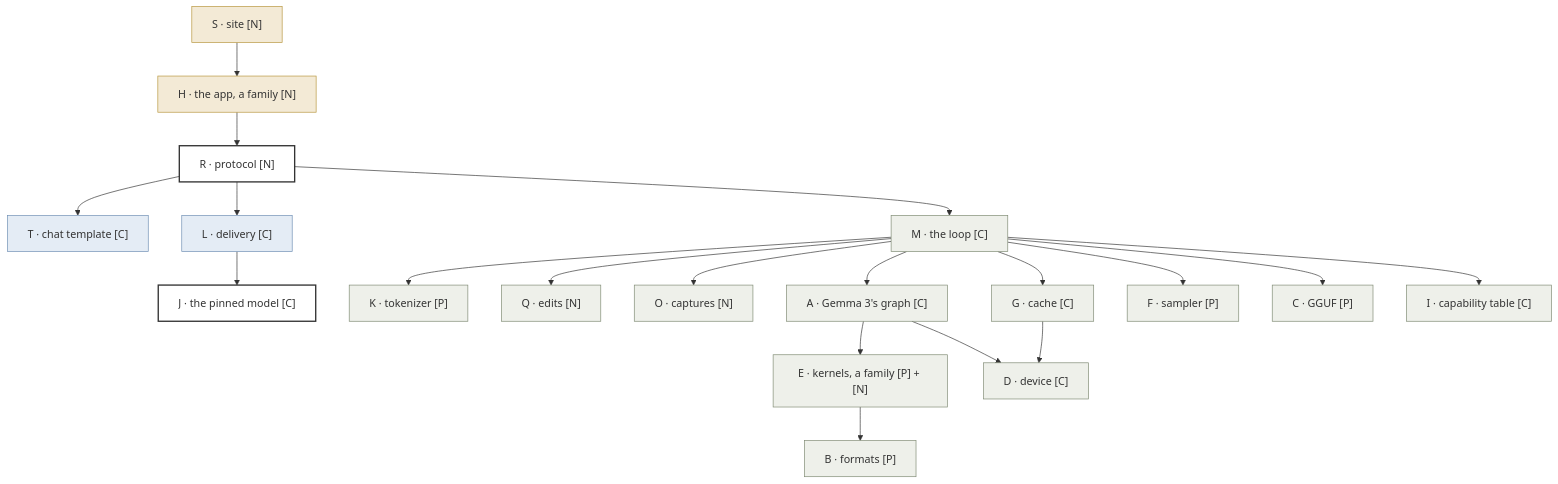
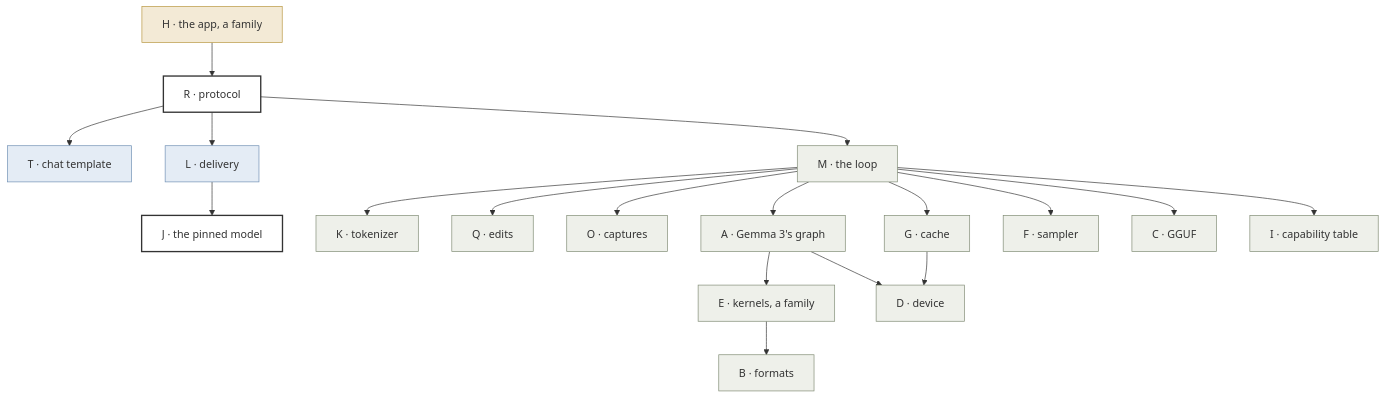
One commit to plainsight-systems/frizzle changed the first of 2 diagrams in docs/architecture/change-axes.md. Above: the diagram before and after it, drawn with Mermaid. The commit also changed other lines of this file and 6 other files, not shown here.

First line of the commit message:
Architecture: the documents describe the system as it is

````diff
--- a/docs/architecture/change-axes.md
+++ b/docs/architecture/change-axes.md
@@ -23,29 +13,29 @@
 ```mermaid
 flowchart TB
-  S["S · site [N]"] --> H["H · the app, a family [N]"]
-  H --> R["R · protocol [N]"]
-  R --> T["T · chat template [C]"]
-  R --> L["L · delivery [C]"]
-  R --> M["M · the loop [C]"]
-  L --> J["J · the pinned model [C]"]
-  M --> K["K · tokenizer [P]"]
-  M --> Q["Q · edits [N]"]
-  M --> O["O · captures [N]"]
-  M --> A["A · Gemma 3's graph [C]"]
-  M --> G["G · cache [C]"]
-  M --> F["F · sampler [P]"]
-  M --> C["C · GGUF [P]"]
-  M --> I["I · capability table [C]"]
-  A --> E["E · kernels, a family [P] + [N]"]
-  E --> B["B · formats [P]"]
-  A --> D["D · device [C]"]
+  H["H · the app, a family"]
+  H --> R["R · protocol"]
+  R --> T["T · chat template"]
+  R --> L["L · delivery"]
+  R --> M["M · the loop"]
+  L --> J["J · the pinned model"]
+  M --> K["K · tokenizer"]
+  M --> Q["Q · edits"]
+  M --> O["O · captures"]
+  M --> A["A · Gemma 3's graph"]
+  M --> G["G · cache"]
+  M --> F["F · sampler"]
+  M --> C["C · GGUF"]
+  M --> I["I · capability table"]
+  A --> E["E · kernels, a family"]
+  E --> B["B · formats"]
+  A --> D["D · device"]
   G --> D
   classDef page fill:#f3ead6,stroke:#b8963e
   classDef worker fill:#e4ecf5,stroke:#6f8fb4
   classDef engine fill:#eef0ea,stroke:#7f8a73
   classDef across fill:#fff,stroke:#333,stroke-width:2px
-  class S,H page
+  class H page
   class T,L worker
   class M,K,Q,O,A,G,F,C,I,E,B,D engine
   class R,J across
 ```
````
